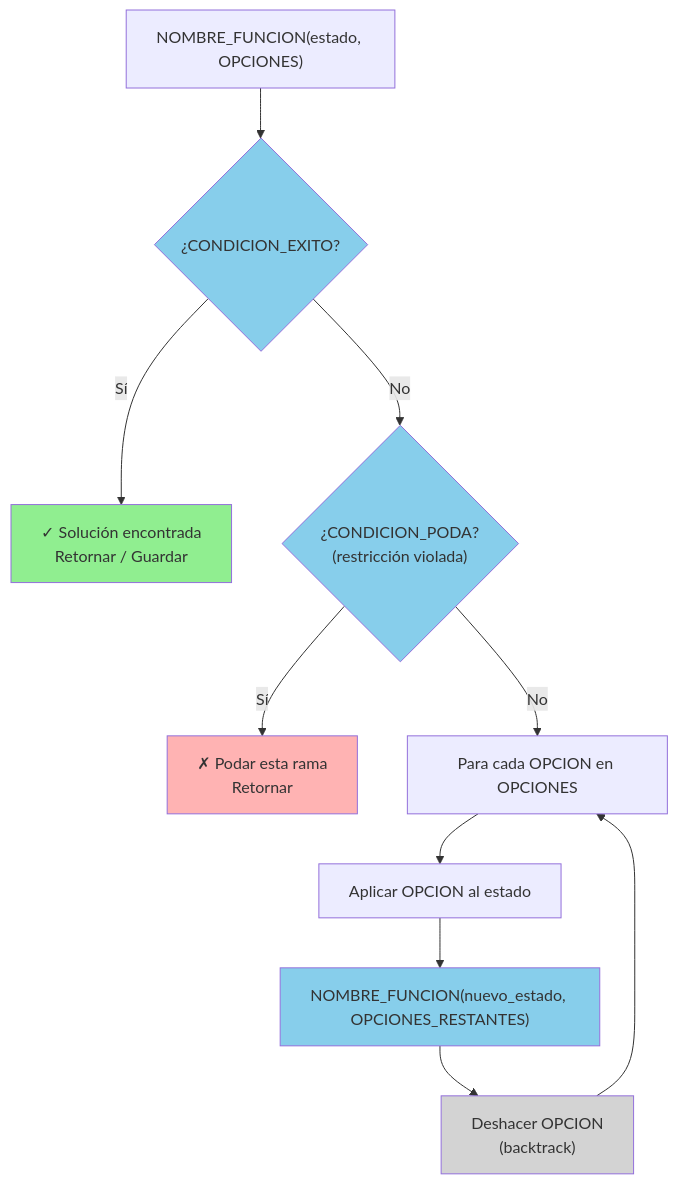
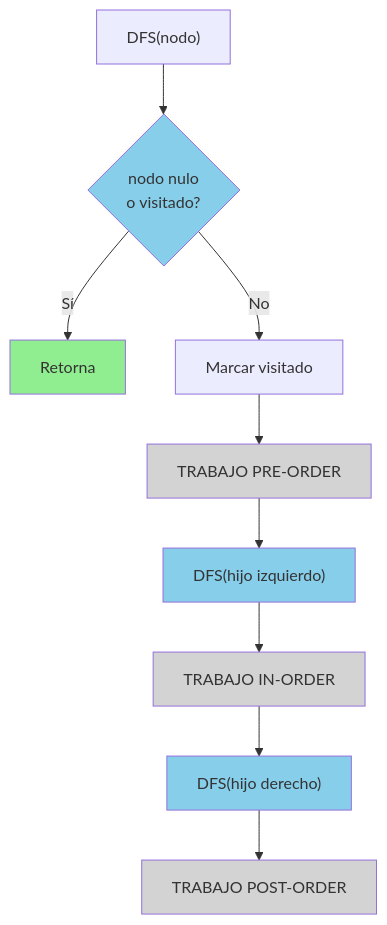
One commit to nehuenlabs/estudios-algoritmos-recursividad changed diagram 15 of 58 in plantilla-soluciones.md. Above: the diagram before and after it, drawn with Mermaid. The commit also changed other lines of this file, not shown here.

````diff
--- a/plantilla-soluciones.md
+++ b/plantilla-soluciones.md
@@ -423,29 +496,24 @@
 ```mermaid
 flowchart TD
-    A["NOMBRE_FUNCION(estado, OPCIONES)"]
-    B{"¿CONDICION_EXITO?"}
-    C["✓ Solución encontrada\nRetornar / Guardar"]
-    D{"¿CONDICION_PODA?\n(restricción violada)"}
-    E["✗ Podar esta rama\nRetornar"]
-    F["Para cada OPCION en OPCIONES"]
-    G["Aplicar OPCION al estado"]
-    H["NOMBRE_FUNCION(nuevo_estado, OPCIONES_RESTANTES)"]
-    I["Deshacer OPCION\n(backtrack)"]
+    A["DFS(nodo)"]
+    B{"nodo nulo\no visitado?"}
+    C["Retorna"]
+    D["Marcar visitado"]
+    E["TRABAJO PRE-ORDER"]
+    F["DFS(hijo izquierdo)"]
+    G["TRABAJO IN-ORDER"]
+    H["DFS(hijo derecho)"]
+    I["TRABAJO POST-ORDER"]
 
     A --> B
     B -- "Sí" --> C
-    B -- "No" --> D
-    D -- "Sí" --> E
-    D -- "No" --> F
-    F --> G
-    G --> H
-    H --> I
-    I --> F
+    B -- "No" --> D --> E --> F --> G --> H --> I
 
     style C fill:#90EE90
-    style E fill:#FFB3B3
     style B fill:#87CEEB
-    style D fill:#87CEEB
+    style F fill:#87CEEB
     style H fill:#87CEEB
+    style E fill:#D3D3D3
+    style G fill:#D3D3D3
     style I fill:#D3D3D3
 ```
````
